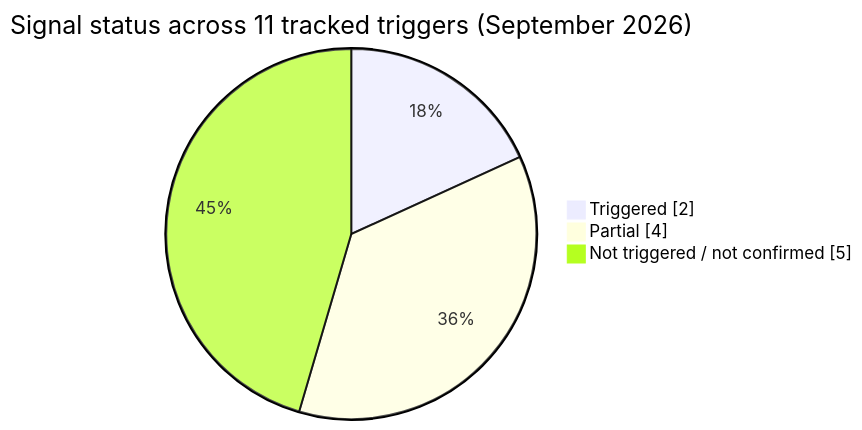
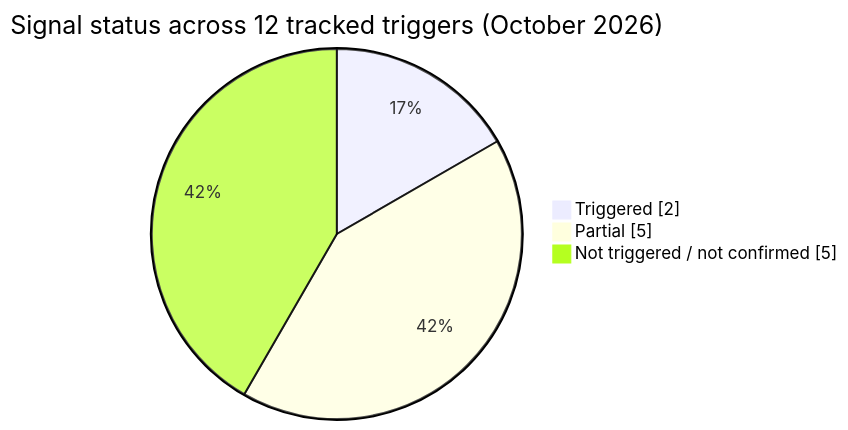
The seventh of 7 diagrams in docs/projections/ai-agents-financial-integrity.md (AndrewAltimit/template-repo), drawn with Mermaid before and after one commit. The commit also changed other lines of this file and 9 other files, not shown here.

````diff
--- a/docs/projections/ai-agents-financial-integrity.md
+++ b/docs/projections/ai-agents-financial-integrity.md
@@ -2083,7 +2157,7 @@
 ```mermaid
 pie showData
-    title Signal status across 11 tracked triggers (September 2026)
+    title Signal status across 12 tracked triggers (October 2026)
     "Triggered" : 2
-    "Partial" : 4
+    "Partial" : 5
     "Not triggered / not confirmed" : 5
 ```
````
